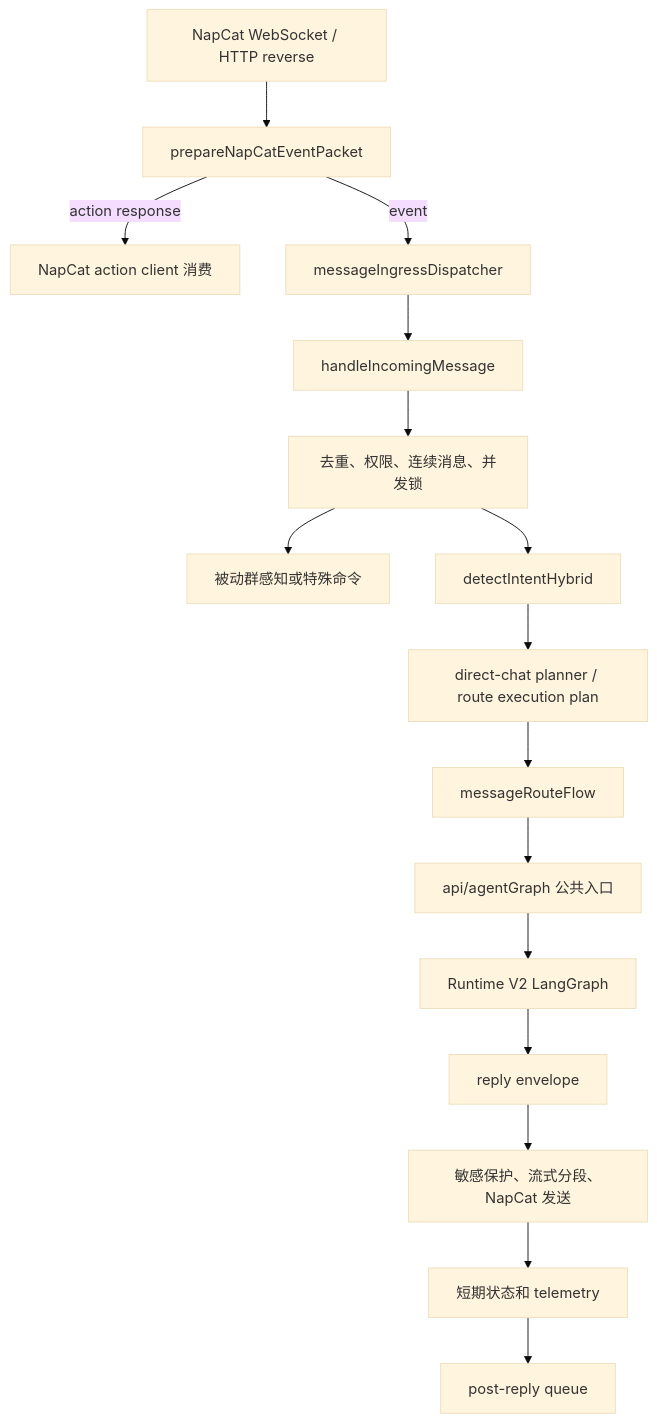
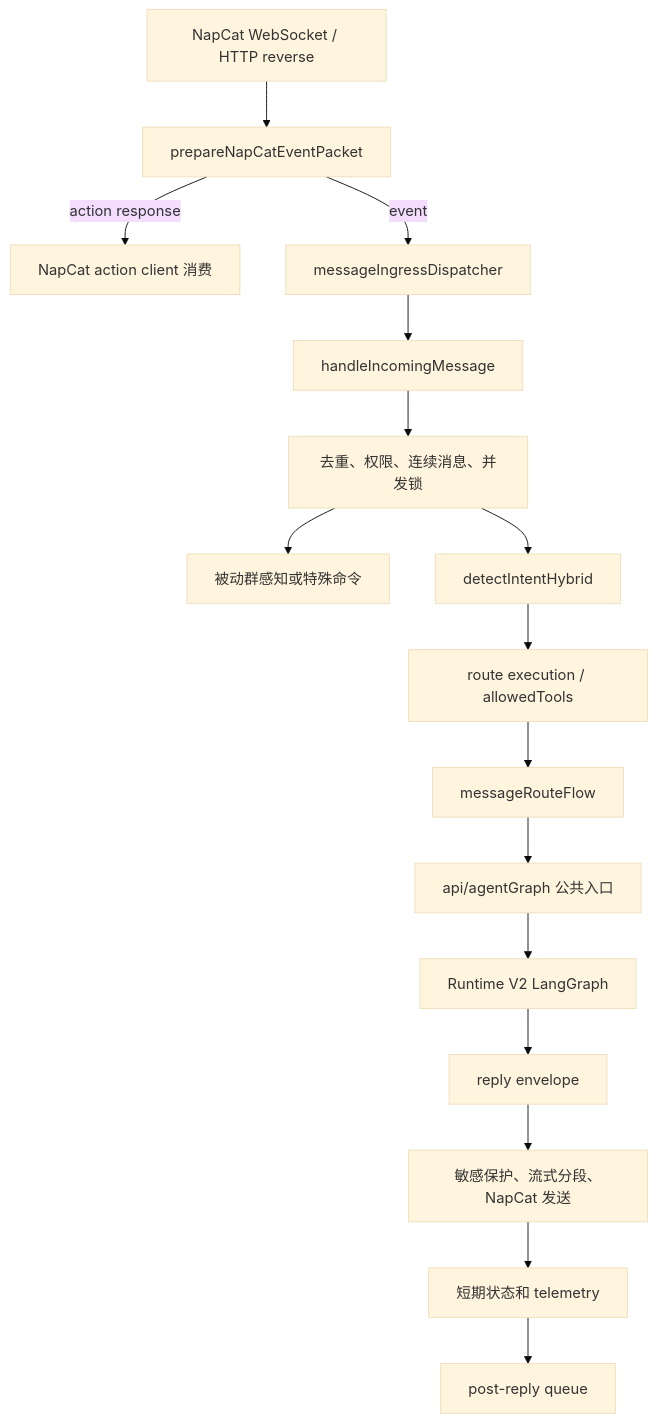
One commit to Amia0427/mizukibot changed the diagram in docs/development/03-message-and-agent-runtime.md. Above: the diagram before and after it, drawn with Mermaid (base theme). The commit also changed other lines of this file and 184 other files, not shown here.

````diff
--- a/docs/development/03-message-and-agent-runtime.md
+++ b/docs/development/03-message-and-agent-runtime.md
@@ -77,18 +77,18 @@
 ```mermaid
 flowchart TD
     A["NapCat WebSocket / HTTP reverse"] --> B["prepareNapCatEventPacket"]
     B -->|action response| X["NapCat action client 消费"]
     B -->|event| C["messageIngressDispatcher"]
     C --> D["handleIncomingMessage"]
     D --> E["去重、权限、连续消息、并发锁"]
     E --> F["被动群感知或特殊命令"]
     E --> G["detectIntentHybrid"]
-    G --> H["direct-chat planner / route execution plan"]
+    G --> H["route execution / allowedTools"]
     H --> I["messageRouteFlow"]
     I --> J["api/agentGraph 公共入口"]
     J --> K["Runtime V2 LangGraph"]
     K --> L["reply envelope"]
     L --> M["敏感保护、流式分段、NapCat 发送"]
     M --> N["短期状态和 telemetry"]
     N --> O["post-reply queue"]
 ```
````
